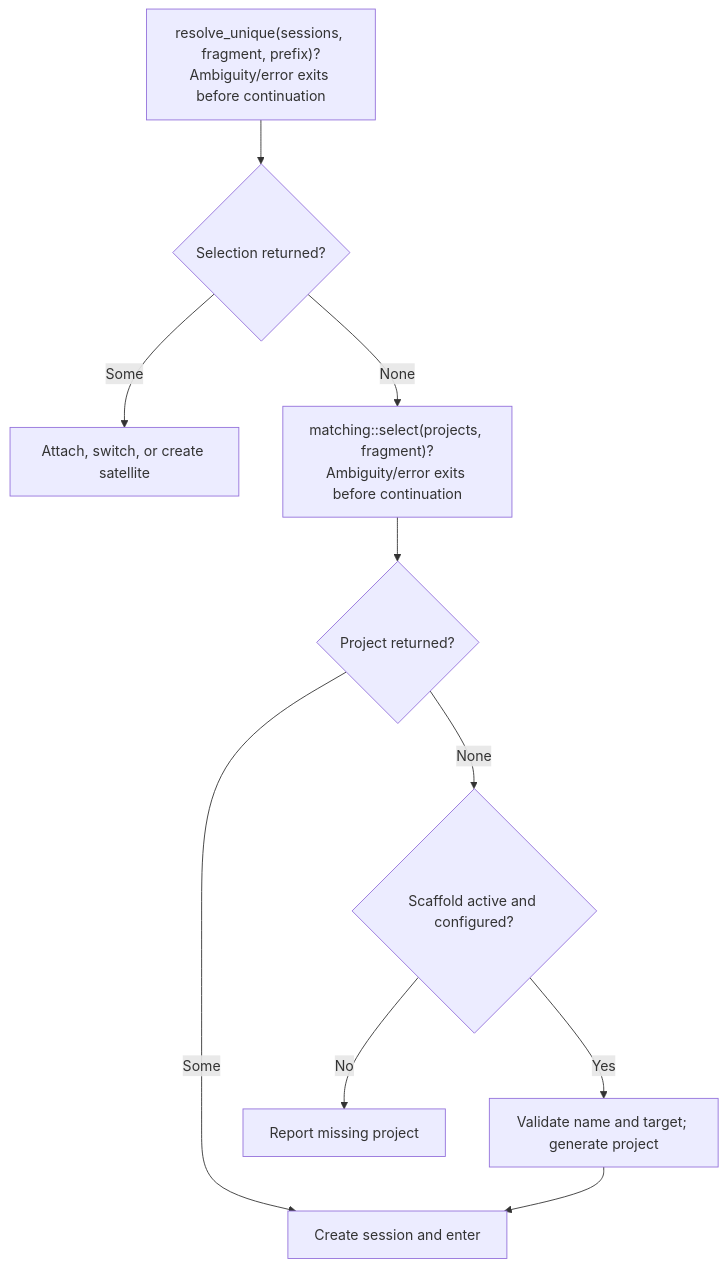
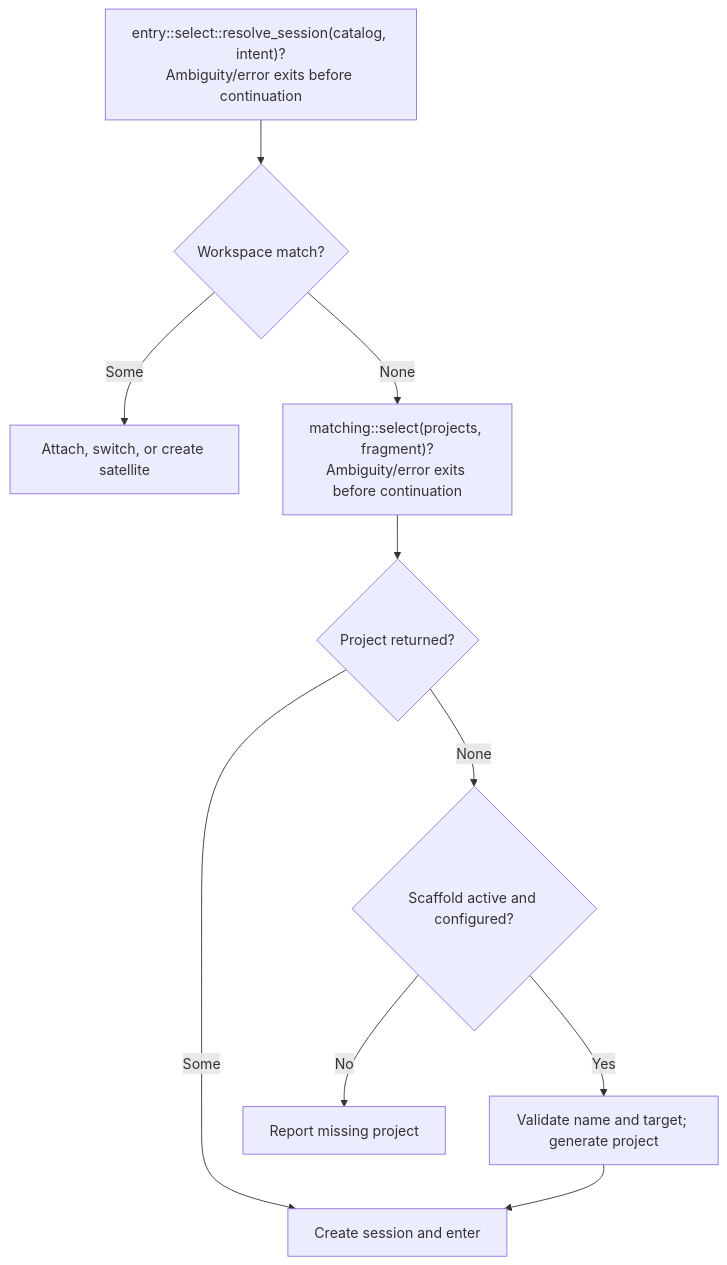
The second of 2 diagrams in README.md (rektide/tta), drawn with Mermaid before and after one commit. The commit also changed other lines of this file, not shown here.

First line of the commit message:
Promote the guide's reusable API and matching diagram to the 0.8.0 interfaces

````diff
--- a/README.md
+++ b/README.md
@@ -454,12 +456,12 @@
 ```mermaid
 flowchart TD
-    resolveUnique["resolve_unique(sessions, fragment, prefix)?<br/>Ambiguity/error exits before continuation"] --> sessionMatch{"Selection returned?"}
+    resolveSession["entry::select::resolve_session(catalog, intent)?<br/>Ambiguity/error exits before continuation"] --> sessionMatch{"Workspace match?"}
     sessionMatch -->|Some| enterSession["Attach, switch, or create satellite"]
     sessionMatch -->|None| resolveProject["matching::select(projects, fragment)?<br/>Ambiguity/error exits before continuation"]
     resolveProject --> projectMatch{"Project returned?"}
     projectMatch -->|Some| createSession["Create session and enter"]
     projectMatch -->|None| generatorReady{"Scaffold active and configured?"}
     generatorReady -->|Yes| generateProject["Validate name and target; generate project"]
     generateProject --> createSession
     generatorReady -->|No| missingProject["Report missing project"]
 ```
````
